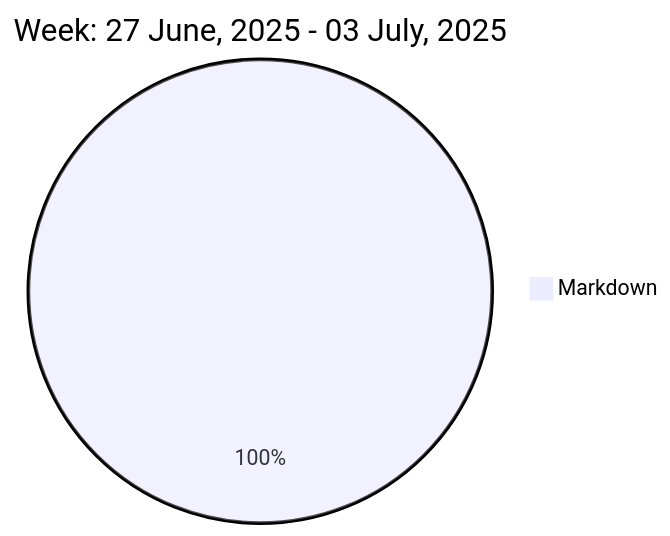
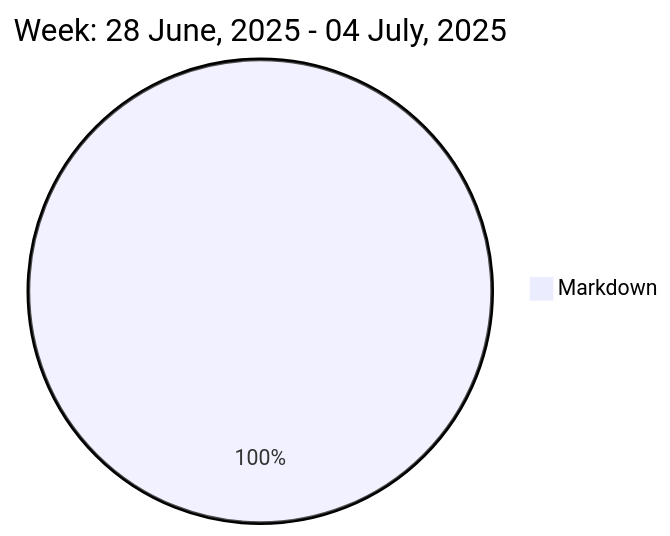
Before and after one commit to liubin95/liubin95: the diagram in README.md, drawn with Mermaid.

Commit message:
Updated the Graph with new Metrics

````diff
--- a/README.md
+++ b/README.md
@@ -37,5 +37,5 @@
 ```mermaid
  pie
-title Week: 27 June, 2025 - 03 July, 2025
- "Markdown" : 3.45
+title Week: 28 June, 2025 - 04 July, 2025
+ "Markdown" : 3.23
 ```
````
